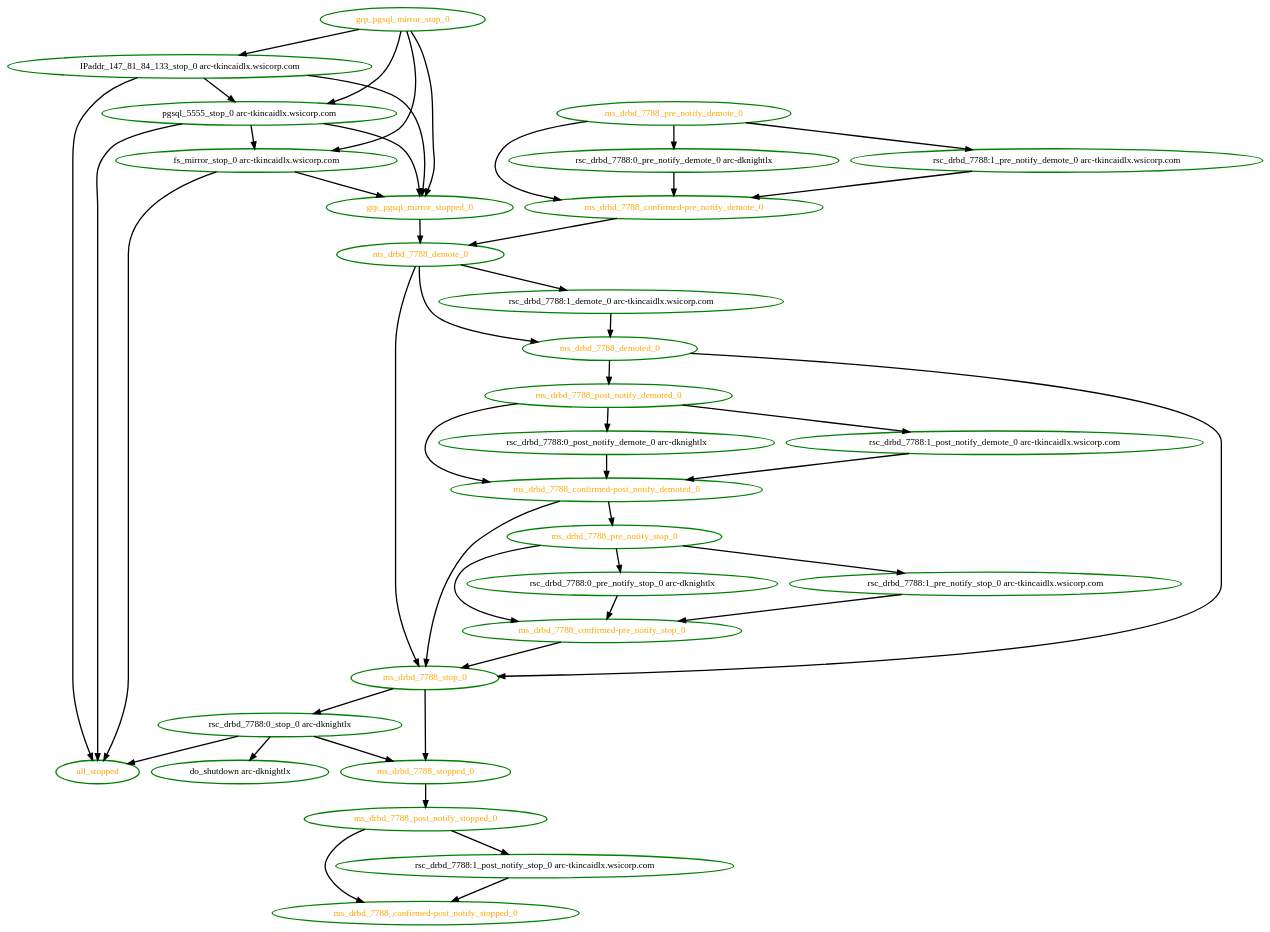
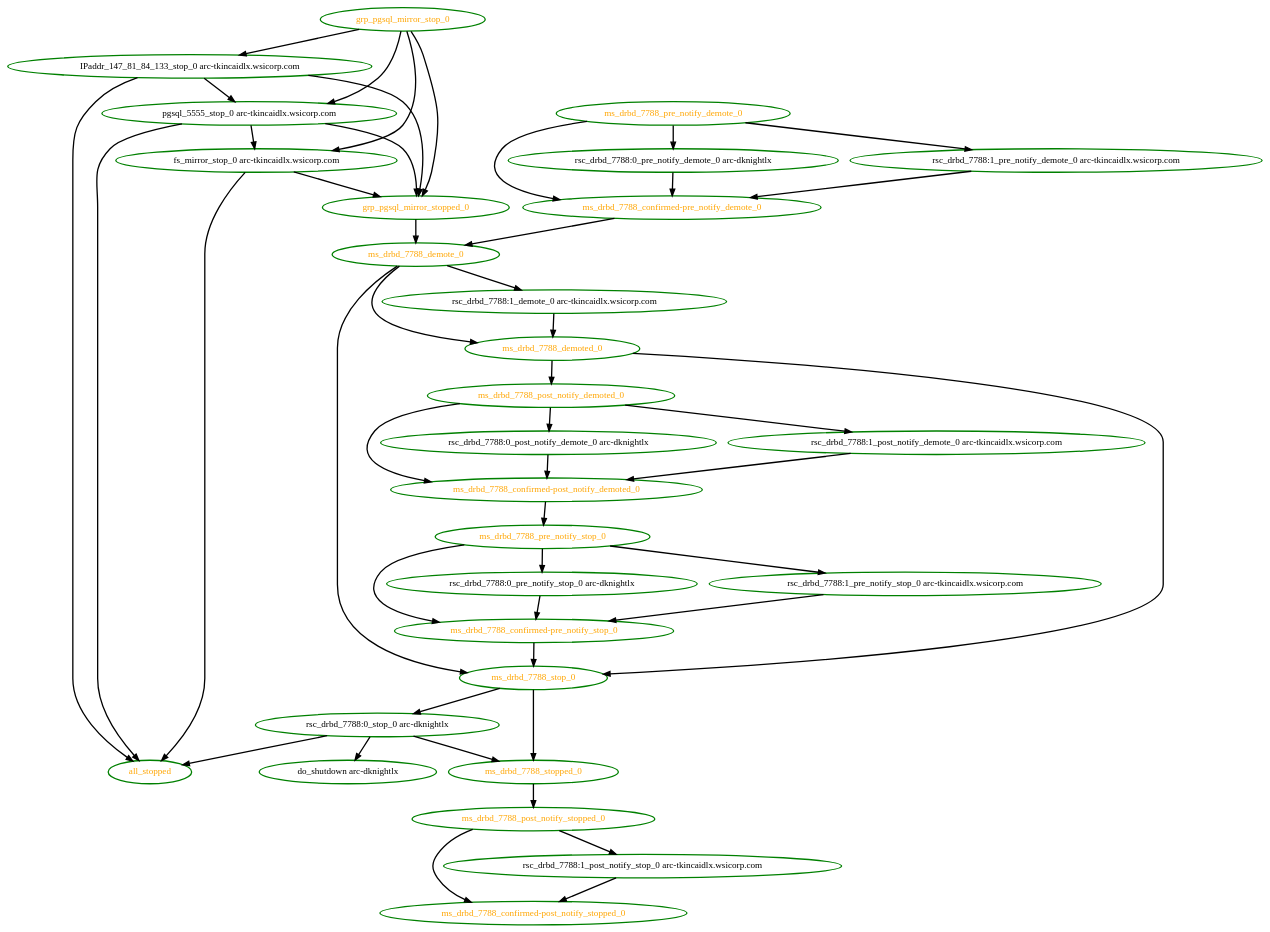
One commit to linux-ha-japan/pm_diskd changed the diagram in pengine/test10/bug-1572-2.dot. Above: the diagram before and after it, drawn with Graphviz. The commit also changed 18 other files, not shown here.

```diff
--- a/pengine/test10/bug-1572-2.dot
+++ b/pengine/test10/bug-1572-2.dot
@@ -1,77 +1,76 @@
 digraph "g" {
 "IPaddr_147_81_84_133_stop_0 arc-tkincaidlx.wsicorp.com" -> "all_stopped" [ style = bold]
 "IPaddr_147_81_84_133_stop_0 arc-tkincaidlx.wsicorp.com" -> "grp_pgsql_mirror_stopped_0" [ style = bold]
 "IPaddr_147_81_84_133_stop_0 arc-tkincaidlx.wsicorp.com" -> "pgsql_5555_stop_0 arc-tkincaidlx.wsicorp.com" [ style = bold]
 "IPaddr_147_81_84_133_stop_0 arc-tkincaidlx.wsicorp.com" [ style=bold color="green" fontcolor="black"  ]
 "all_stopped" [ style=bold color="green" fontcolor="orange"  ]
 "do_shutdown arc-dknightlx" [ style=bold color="green" fontcolor="black"  ]
 "fs_mirror_stop_0 arc-tkincaidlx.wsicorp.com" -> "all_stopped" [ style = bold]
 "fs_mirror_stop_0 arc-tkincaidlx.wsicorp.com" -> "grp_pgsql_mirror_stopped_0" [ style = bold]
 "fs_mirror_stop_0 arc-tkincaidlx.wsicorp.com" [ style=bold color="green" fontcolor="black"  ]
 "grp_pgsql_mirror_stop_0" -> "IPaddr_147_81_84_133_stop_0 arc-tkincaidlx.wsicorp.com" [ style = bold]
 "grp_pgsql_mirror_stop_0" -> "fs_mirror_stop_0 arc-tkincaidlx.wsicorp.com" [ style = bold]
 "grp_pgsql_mirror_stop_0" -> "grp_pgsql_mirror_stopped_0" [ style = bold]
 "grp_pgsql_mirror_stop_0" -> "pgsql_5555_stop_0 arc-tkincaidlx.wsicorp.com" [ style = bold]
 "grp_pgsql_mirror_stop_0" [ style=bold color="green" fontcolor="orange"  ]
 "grp_pgsql_mirror_stopped_0" -> "ms_drbd_7788_demote_0" [ style = bold]
 "grp_pgsql_mirror_stopped_0" [ style=bold color="green" fontcolor="orange"  ]
 "ms_drbd_7788_confirmed-post_notify_demoted_0" -> "ms_drbd_7788_pre_notify_stop_0" [ style = bold]
-"ms_drbd_7788_confirmed-post_notify_demoted_0" -> "ms_drbd_7788_stop_0" [ style = bold]
 "ms_drbd_7788_confirmed-post_notify_demoted_0" [ style=bold color="green" fontcolor="orange"  ]
 "ms_drbd_7788_confirmed-post_notify_stopped_0" [ style=bold color="green" fontcolor="orange"  ]
 "ms_drbd_7788_confirmed-pre_notify_demote_0" -> "ms_drbd_7788_demote_0" [ style = bold]
 "ms_drbd_7788_confirmed-pre_notify_demote_0" [ style=bold color="green" fontcolor="orange"  ]
 "ms_drbd_7788_confirmed-pre_notify_stop_0" -> "ms_drbd_7788_stop_0" [ style = bold]
 "ms_drbd_7788_confirmed-pre_notify_stop_0" [ style=bold color="green" fontcolor="orange"  ]
 "ms_drbd_7788_demote_0" -> "ms_drbd_7788_demoted_0" [ style = bold]
 "ms_drbd_7788_demote_0" -> "ms_drbd_7788_stop_0" [ style = bold]
 "ms_drbd_7788_demote_0" -> "rsc_drbd_7788:1_demote_0 arc-tkincaidlx.wsicorp.com" [ style = bold]
 "ms_drbd_7788_demote_0" [ style=bold color="green" fontcolor="orange"  ]
 "ms_drbd_7788_demoted_0" -> "ms_drbd_7788_post_notify_demoted_0" [ style = bold]
 "ms_drbd_7788_demoted_0" -> "ms_drbd_7788_stop_0" [ style = bold]
 "ms_drbd_7788_demoted_0" [ style=bold color="green" fontcolor="orange"  ]
 "ms_drbd_7788_post_notify_demoted_0" -> "ms_drbd_7788_confirmed-post_notify_demoted_0" [ style = bold]
 "ms_drbd_7788_post_notify_demoted_0" -> "rsc_drbd_7788:0_post_notify_demote_0 arc-dknightlx" [ style = bold]
 "ms_drbd_7788_post_notify_demoted_0" -> "rsc_drbd_7788:1_post_notify_demote_0 arc-tkincaidlx.wsicorp.com" [ style = bold]
 "ms_drbd_7788_post_notify_demoted_0" [ style=bold color="green" fontcolor="orange"  ]
 "ms_drbd_7788_post_notify_stopped_0" -> "ms_drbd_7788_confirmed-post_notify_stopped_0" [ style = bold]
 "ms_drbd_7788_post_notify_stopped_0" -> "rsc_drbd_7788:1_post_notify_stop_0 arc-tkincaidlx.wsicorp.com" [ style = bold]
 "ms_drbd_7788_post_notify_stopped_0" [ style=bold color="green" fontcolor="orange"  ]
 "ms_drbd_7788_pre_notify_demote_0" -> "ms_drbd_7788_confirmed-pre_notify_demote_0" [ style = bold]
 "ms_drbd_7788_pre_notify_demote_0" -> "rsc_drbd_7788:0_pre_notify_demote_0 arc-dknightlx" [ style = bold]
 "ms_drbd_7788_pre_notify_demote_0" -> "rsc_drbd_7788:1_pre_notify_demote_0 arc-tkincaidlx.wsicorp.com" [ style = bold]
 "ms_drbd_7788_pre_notify_demote_0" [ style=bold color="green" fontcolor="orange"  ]
 "ms_drbd_7788_pre_notify_stop_0" -> "ms_drbd_7788_confirmed-pre_notify_stop_0" [ style = bold]
 "ms_drbd_7788_pre_notify_stop_0" -> "rsc_drbd_7788:0_pre_notify_stop_0 arc-dknightlx" [ style = bold]
 "ms_drbd_7788_pre_notify_stop_0" -> "rsc_drbd_7788:1_pre_notify_stop_0 arc-tkincaidlx.wsicorp.com" [ style = bold]
 "ms_drbd_7788_pre_notify_stop_0" [ style=bold color="green" fontcolor="orange"  ]
 "ms_drbd_7788_stop_0" -> "ms_drbd_7788_stopped_0" [ style = bold]
 "ms_drbd_7788_stop_0" -> "rsc_drbd_7788:0_stop_0 arc-dknightlx" [ style = bold]
 "ms_drbd_7788_stop_0" [ style=bold color="green" fontcolor="orange"  ]
 "ms_drbd_7788_stopped_0" -> "ms_drbd_7788_post_notify_stopped_0" [ style = bold]
 "ms_drbd_7788_stopped_0" [ style=bold color="green" fontcolor="orange"  ]
 "pgsql_5555_stop_0 arc-tkincaidlx.wsicorp.com" -> "all_stopped" [ style = bold]
 "pgsql_5555_stop_0 arc-tkincaidlx.wsicorp.com" -> "fs_mirror_stop_0 arc-tkincaidlx.wsicorp.com" [ style = bold]
 "pgsql_5555_stop_0 arc-tkincaidlx.wsicorp.com" -> "grp_pgsql_mirror_stopped_0" [ style = bold]
 "pgsql_5555_stop_0 arc-tkincaidlx.wsicorp.com" [ style=bold color="green" fontcolor="black"  ]
 "rsc_drbd_7788:0_post_notify_demote_0 arc-dknightlx" -> "ms_drbd_7788_confirmed-post_notify_demoted_0" [ style = bold]
 "rsc_drbd_7788:0_post_notify_demote_0 arc-dknightlx" [ style=bold color="green" fontcolor="black"  ]
 "rsc_drbd_7788:0_pre_notify_demote_0 arc-dknightlx" -> "ms_drbd_7788_confirmed-pre_notify_demote_0" [ style = bold]
 "rsc_drbd_7788:0_pre_notify_demote_0 arc-dknightlx" [ style=bold color="green" fontcolor="black"  ]
 "rsc_drbd_7788:0_pre_notify_stop_0 arc-dknightlx" -> "ms_drbd_7788_confirmed-pre_notify_stop_0" [ style = bold]
 "rsc_drbd_7788:0_pre_notify_stop_0 arc-dknightlx" [ style=bold color="green" fontcolor="black"  ]
 "rsc_drbd_7788:0_stop_0 arc-dknightlx" -> "all_stopped" [ style = bold]
 "rsc_drbd_7788:0_stop_0 arc-dknightlx" -> "do_shutdown arc-dknightlx" [ style = bold]
 "rsc_drbd_7788:0_stop_0 arc-dknightlx" -> "ms_drbd_7788_stopped_0" [ style = bold]
 "rsc_drbd_7788:0_stop_0 arc-dknightlx" [ style=bold color="green" fontcolor="black"  ]
 "rsc_drbd_7788:1_demote_0 arc-tkincaidlx.wsicorp.com" -> "ms_drbd_7788_demoted_0" [ style = bold]
 "rsc_drbd_7788:1_demote_0 arc-tkincaidlx.wsicorp.com" [ style=bold color="green" fontcolor="black"  ]
 "rsc_drbd_7788:1_post_notify_demote_0 arc-tkincaidlx.wsicorp.com" -> "ms_drbd_7788_confirmed-post_notify_demoted_0" [ style = bold]
 "rsc_drbd_7788:1_post_notify_demote_0 arc-tkincaidlx.wsicorp.com" [ style=bold color="green" fontcolor="black"  ]
 "rsc_drbd_7788:1_post_notify_stop_0 arc-tkincaidlx.wsicorp.com" -> "ms_drbd_7788_confirmed-post_notify_stopped_0" [ style = bold]
 "rsc_drbd_7788:1_post_notify_stop_0 arc-tkincaidlx.wsicorp.com" [ style=bold color="green" fontcolor="black"  ]
 "rsc_drbd_7788:1_pre_notify_demote_0 arc-tkincaidlx.wsicorp.com" -> "ms_drbd_7788_confirmed-pre_notify_demote_0" [ style = bold]
 "rsc_drbd_7788:1_pre_notify_demote_0 arc-tkincaidlx.wsicorp.com" [ style=bold color="green" fontcolor="black"  ]
 "rsc_drbd_7788:1_pre_notify_stop_0 arc-tkincaidlx.wsicorp.com" -> "ms_drbd_7788_confirmed-pre_notify_stop_0" [ style = bold]
 "rsc_drbd_7788:1_pre_notify_stop_0 arc-tkincaidlx.wsicorp.com" [ style=bold color="green" fontcolor="black"  ]
 }
```
